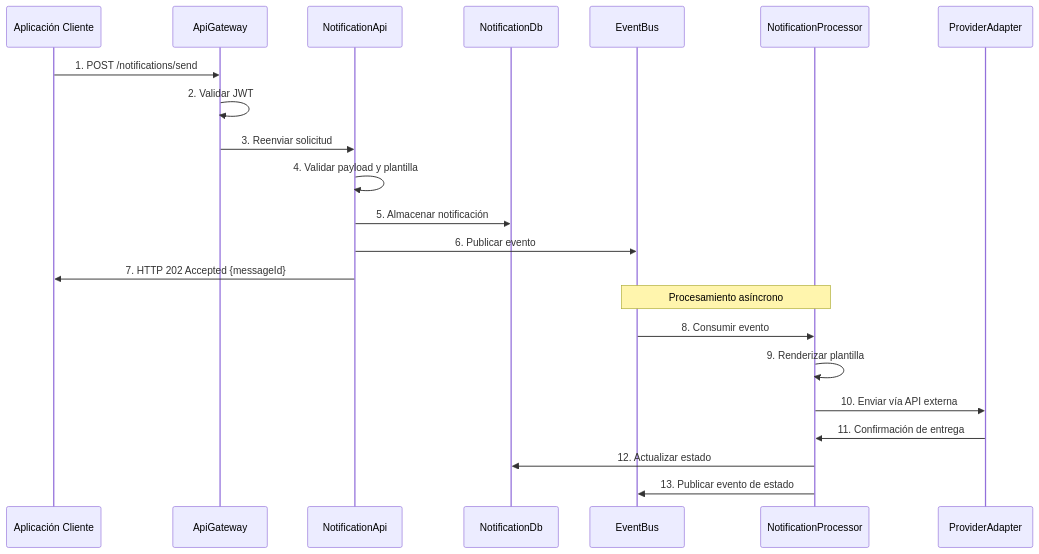
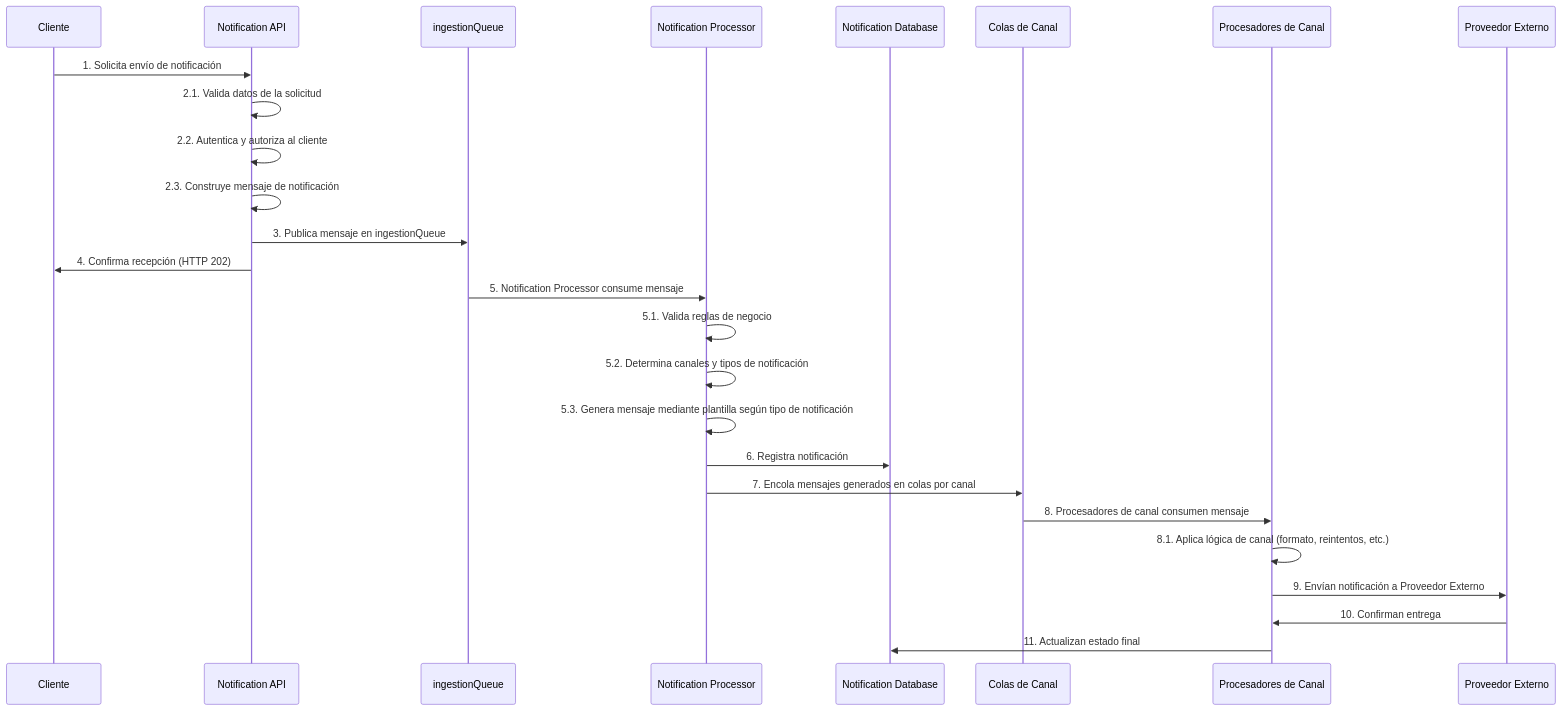
The first of 2 diagrams in docs/servicio-notificacion/06-vista-tiempo-ejecucion.md (jclemente-tlm/tlm-arq-servicios-corporativos), drawn with Mermaid before and after one commit. The commit also changed other lines of this file and 53 other files, not shown here.

````diff
--- a/docs/servicio-notificacion/06-vista-tiempo-ejecucion.md
+++ b/docs/servicio-notificacion/06-vista-tiempo-ejecucion.md
@@ -39,27 +36,30 @@
 ```mermaid
 sequenceDiagram
-    participant Cliente as Aplicación Cliente
-    participant ApiGateway as ApiGateway
-    participant NotificationApi as NotificationApi
-    participant NotificationDb as NotificationDb
-    participant EventBus as EventBus
-    participant NotificationProcessor as NotificationProcessor
-    participant ProviderAdapter as ProviderAdapter
+    participant Cliente as Cliente
+    participant API as Notification API
+    participant Ingestion as ingestionQueue
+    participant Processor as Notification Processor
+    participant DB as Notification Database
+    participant ColasCanal as Colas de Canal
+    participant ProcCanal as Procesadores de Canal
+    participant Proveedor as Proveedor Externo
 
-    Cliente->>ApiGateway: 1. POST /notifications/send
-    ApiGateway->>ApiGateway: 2. Validar JWT
-    ApiGateway->>NotificationApi: 3. Reenviar solicitud
+    Cliente->>API: 1. Solicita envío de notificación
+    API->>API: 2.1. Valida datos de la solicitud
+    API->>API: 2.2. Autentica y autoriza al cliente
+    API->>API: 2.3. Construye mensaje de notificación
+    API->>Ingestion: 3. Publica mensaje en ingestionQueue
+    API->>Cliente: 4. Confirma recepción (HTTP 202)
 
-    NotificationApi->>NotificationApi: 4. Validar payload y plantilla
-    NotificationApi->>NotificationDb: 5. Almacenar notificación
-    NotificationApi->>EventBus: 6. Publicar evento
-    NotificationApi->>Cliente: 7. HTTP 202 Accepted {messageId}
-
-    Note over EventBus,NotificationProcessor: Procesamiento asíncrono
-    EventBus->>NotificationProcessor: 8. Consumir evento
-    NotificationProcessor->>NotificationProcessor: 9. Renderizar plantilla
-    NotificationProcessor->>ProviderAdapter: 10. Enviar vía API externa
-    ProviderAdapter->>NotificationProcessor: 11. Confirmación de entrega
-    NotificationProcessor->>NotificationDb: 12. Actualizar estado
-    NotificationProcessor->>EventBus: 13. Publicar evento de estado
+    Ingestion->>Processor: 5. Notification Processor consume mensaje
+    Processor->>Processor: 5.1. Valida reglas de negocio
+    Processor->>Processor: 5.2. Determina canales y tipos de notificación
+    Processor->>Processor: 5.3. Genera mensaje mediante plantilla según tipo de notificación
+    Processor->>DB: 6. Registra notificación
+    Processor->>ColasCanal: 7. Encola mensajes generados en colas por canal
+    ColasCanal->>ProcCanal: 8. Procesadores de canal consumen mensaje
+    ProcCanal->>ProcCanal: 8.1. Aplica lógica de canal (formato, reintentos, etc.)
+    ProcCanal->>Proveedor: 9. Envían notificación a Proveedor Externo
+    Proveedor->>ProcCanal: 10. Confirman entrega
+    ProcCanal->>DB: 11. Actualizan estado final
 ```
````
